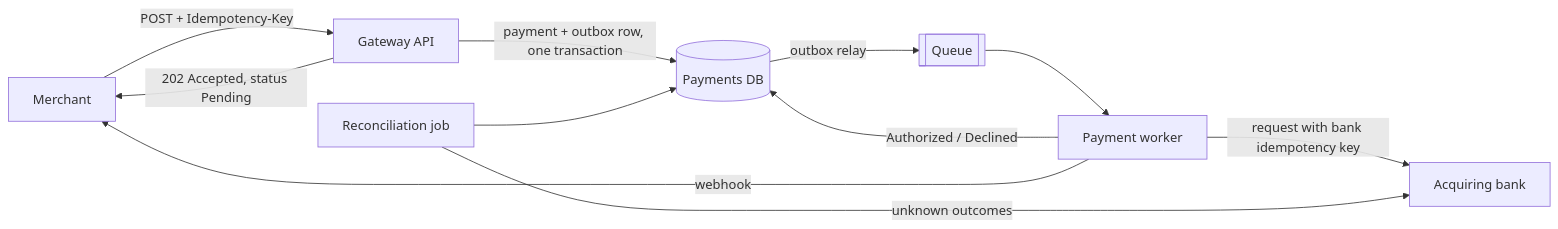
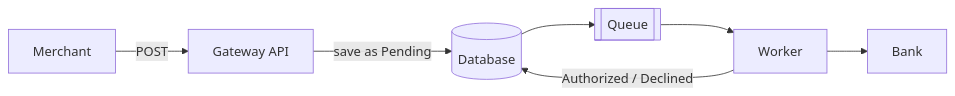
Before and after one commit to riley211/payment-gateway-challenge-dotnet: the second of 2 diagrams in docs/design/01-requirements-and-assumptions.md, drawn with Mermaid. The commit also changed other lines of this file, not shown here.

Commit message:
Simplify design diagrams

````diff
--- a/docs/design/01-requirements-and-assumptions.md
+++ b/docs/design/01-requirements-and-assumptions.md
@@ -156,13 +147,9 @@
 ```mermaid
 flowchart LR
-    M[Merchant] -->|POST + Idempotency-Key| API[Gateway API]
-    API -->|payment + outbox row, one transaction| DB[(Payments DB)]
-    API -->|202 Accepted, status Pending| M
-    DB -->|outbox relay| Q[[Queue]]
-    Q --> W[Payment worker]
-    W -->|request with bank idempotency key| BANK[Acquiring bank]
-    W -->|Authorized / Declined| DB
-    W -->|webhook| M
-    REC[Reconciliation job] -->|unknown outcomes| BANK
-    REC --> DB
+    Merchant -->|POST| API[Gateway API]
+    API -->|save as Pending| DB[(Database)]
+    DB --> Queue[[Queue]]
+    Queue --> Worker
+    Worker --> Bank
+    Worker -->|Authorized / Declined| DB
 ```
````
